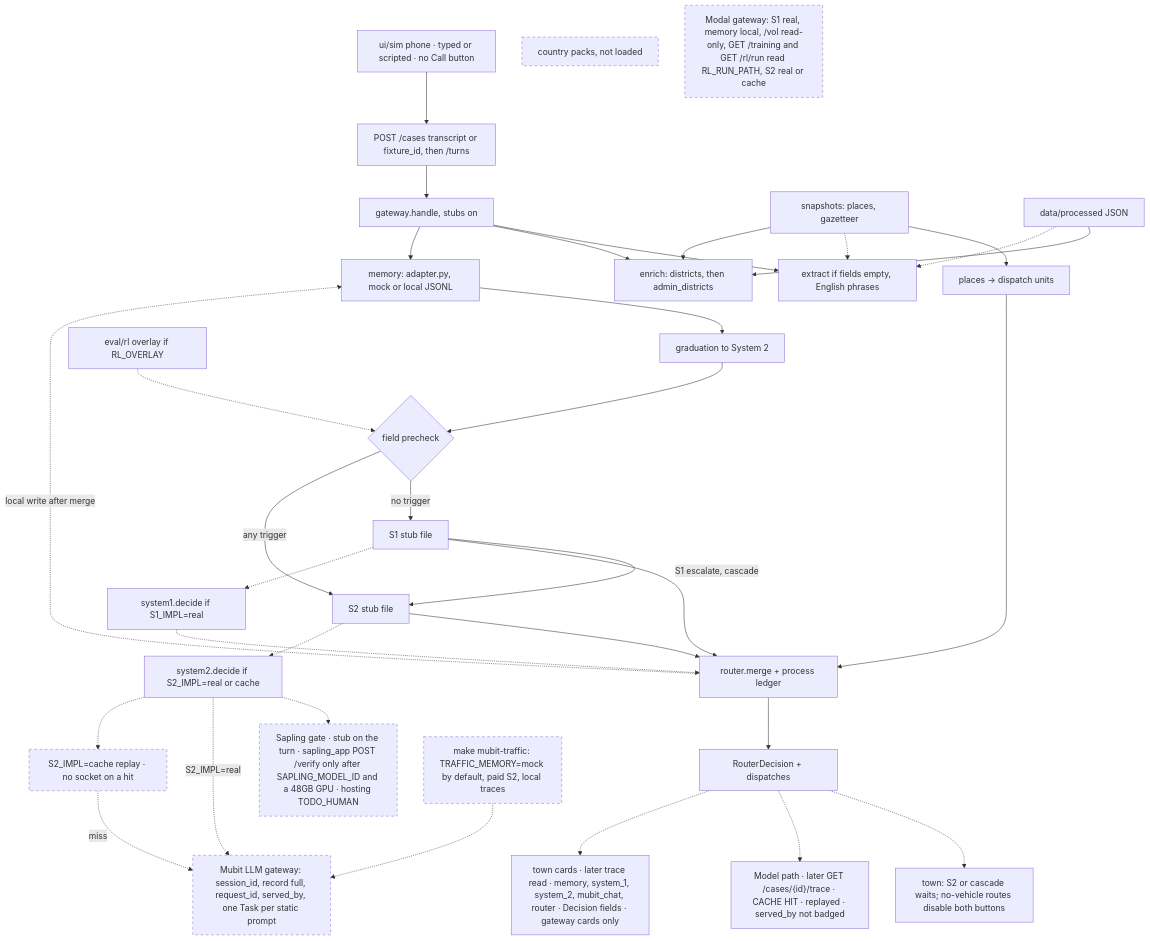
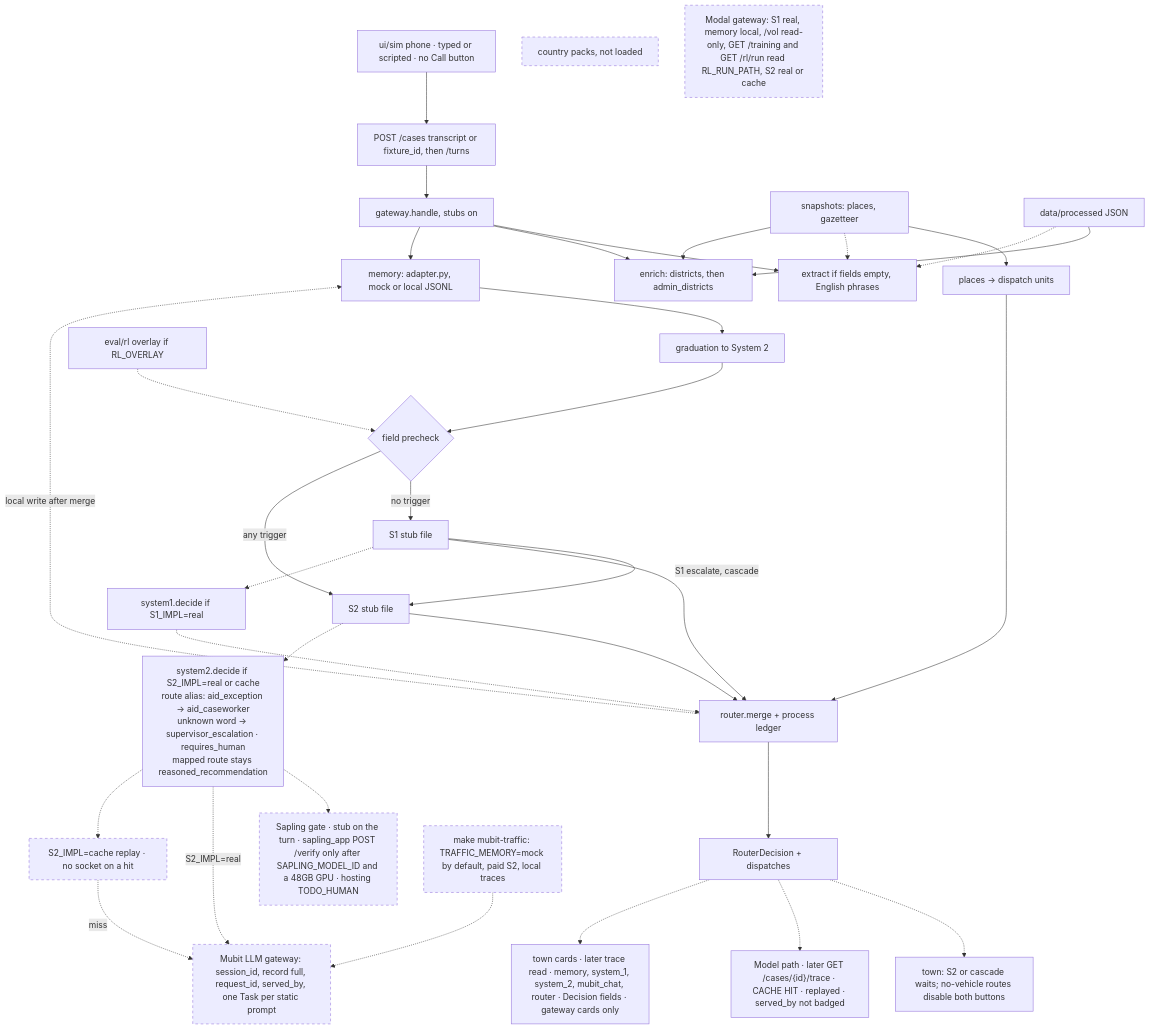
The first of 3 diagrams in BaanSafe_Revised_Architecture.md (melaniepreen/Baan-Safe), drawn with Mermaid before and after one commit. The commit also changed other lines of this file and 2 other files, not shown here.

Commit message:
docs: refresh architecture diagram (ac53746)

````diff
--- a/BaanSafe_Revised_Architecture.md
+++ b/BaanSafe_Revised_Architecture.md
@@ -20,39 +20,39 @@
 ```mermaid
 flowchart TD
   classDef unwired stroke-dasharray: 5 5
   phone["ui/sim phone · typed or scripted · no Call button"] --> turns["POST /cases transcript or fixture_id, then /turns"]
   turns --> gw["gateway.handle, stubs on"]
   gw --> extract["extract if fields empty, English phrases"]
   gw --> enrich["enrich: districts, then admin_districts"]
   gw --> mem["memory: adapter.py, mock or local JSONL"]
   mem --> grad["graduation to System 2"]
   grad --> pick{"field precheck"}
   pick -->|no trigger| s1["S1 stub file"]
   pick -->|any trigger| s2["S2 stub file"]
   s1 -->|"S1 escalate, cascade"| s2
   ov["eval/rl overlay if RL_OVERLAY"] -.-> pick
   s1 --> merge["router.merge + process ledger"]
   s2 --> merge
   merge -.->|"local write after merge"| mem
   snap["snapshots: places, gazetteer"] --> places["places → dispatch units"]
   places --> merge
   proc["data/processed JSON"] --> enrich
   proc -.-> extract
   snap -.-> extract
   snap --> enrich
   merge --> out["RouterDecision + dispatches"]
   out -.-> hold["town: S2 or cascade waits; no-vehicle routes disable both buttons"]
   out -.-> path["Model path · later GET /cases/{id}/trace · CACHE HIT · replayed · served_by not badged"]
   out -.-> cards["town cards · later trace read · memory, system_1, system_2, mubit_chat, router · Decision fields · gateway cards only"]
   s1 -.-> rules["system1.decide if S1_IMPL=real"]
   rules -.-> merge
-  s2 -.-> s2d["system2.decide if S2_IMPL=real or cache"]
+  s2 -.-> s2d["system2.decide if S2_IMPL=real or cache<br/>route alias: aid_exception → aid_caseworker<br/>unknown word → supervisor_escalation · requires_human<br/>mapped route stays reasoned_recommendation"]
   s2d -.-> sap["Sapling gate · stub on the turn · sapling_app POST /verify only after SAPLING_MODEL_ID and a 48GB GPU · hosting TODO_HUMAN"]:::unwired
   s2d -.->|"S2_IMPL=real"| llm["Mubit LLM gateway: session_id, record full, request_id, served_by, one Task per static prompt"]:::unwired
   s2d -.-> scache["S2_IMPL=cache replay · no socket on a hit"]:::unwired
   scache -.->|"miss"| llm
   traffic["make mubit-traffic: TRAFFIC_MEMORY=mock by default, paid S2, local traces"]:::unwired
   traffic -.-> llm
   packs["country packs, not loaded"]:::unwired
   modal["Modal gateway: S1 real, memory local, /vol read-only, GET /training and GET /rl/run read RL_RUN_PATH, S2 real or cache"]:::unwired
 ```
````
